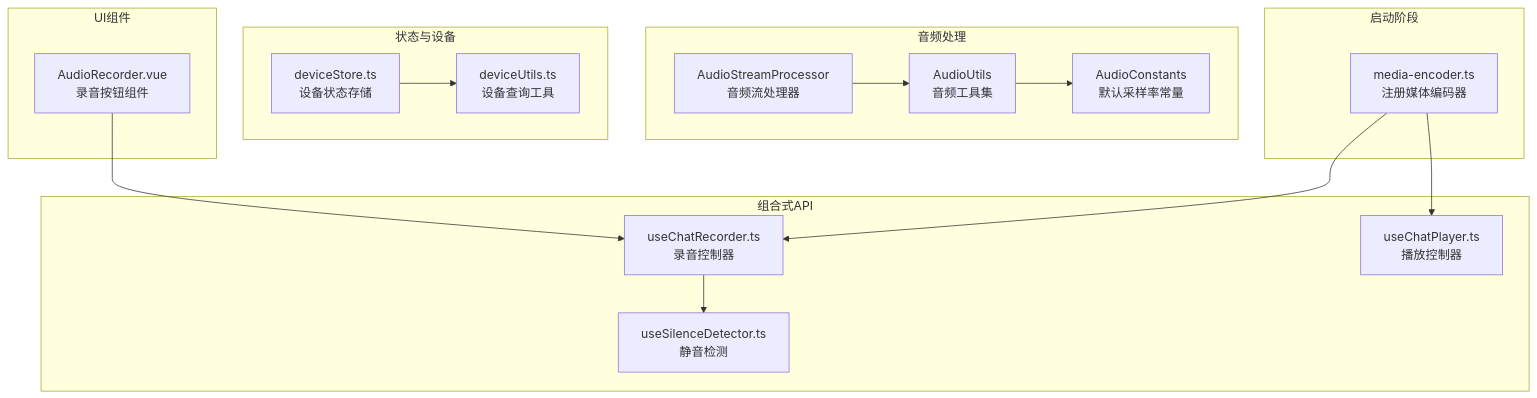
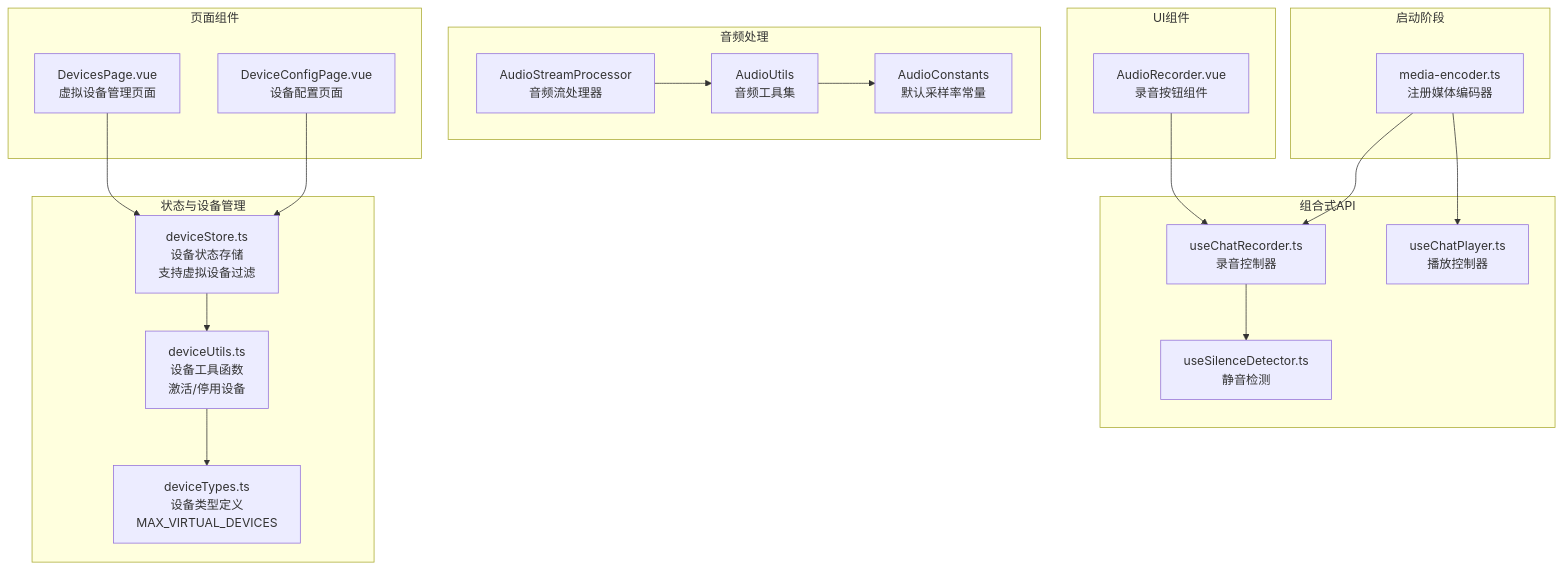
One commit to le-bot-team/le-bot-frontend changed the first of 13 diagrams in .qoder/repowiki/zh/content/核心功能模块/设备与音频管理.md. Above: the diagram before and after it, drawn with Mermaid. The commit also changed other lines of this file and 217 other files, not shown here.

````diff
--- a/.qoder/repowiki/zh/content/核心功能模块/设备与音频管理.md
+++ b/.qoder/repowiki/zh/content/核心功能模块/设备与音频管理.md
@@ -45,30 +63,38 @@
 ```mermaid
 graph TB
 subgraph "启动阶段"
 ME["media-encoder.ts<br/>注册媒体编码器"]
 end
 subgraph "组合式API"
 UCR["useChatRecorder.ts<br/>录音控制器"]
 UCP["useChatPlayer.ts<br/>播放控制器"]
 USD["useSilenceDetector.ts<br/>静音检测"]
 end
 subgraph "音频处理"
 ASP["AudioStreamProcessor<br/>音频流处理器"]
 AU["AudioUtils<br/>音频工具集"]
 AC["AudioConstants<br/>默认采样率常量"]
 end
-subgraph "状态与设备"
-DS["deviceStore.ts<br/>设备状态存储"]
-DU["deviceUtils.ts<br/>设备查询工具"]
+subgraph "状态与设备管理"
+DS["deviceStore.ts<br/>设备状态存储<br/>支持虚拟设备过滤"]
+DU["deviceUtils.ts<br/>设备工具函数<br/>激活/停用设备"]
+DT["deviceTypes.ts<br/>设备类型定义<br/>MAX_VIRTUAL_DEVICES"]
+end
+subgraph "页面组件"
+DP["DevicesPage.vue<br/>虚拟设备管理页面"]
+DCP["DeviceConfigPage.vue<br/>设备配置页面"]
 end
 subgraph "UI组件"
 AR["AudioRecorder.vue<br/>录音按钮组件"]
 end
 ME --> UCR
 ME --> UCP
 UCR --> USD
 ASP --> AU
 AU --> AC
 DS --> DU
+DU --> DT
+DP --> DS
+DCP --> DS
 AR --> UCR
 ```
````
